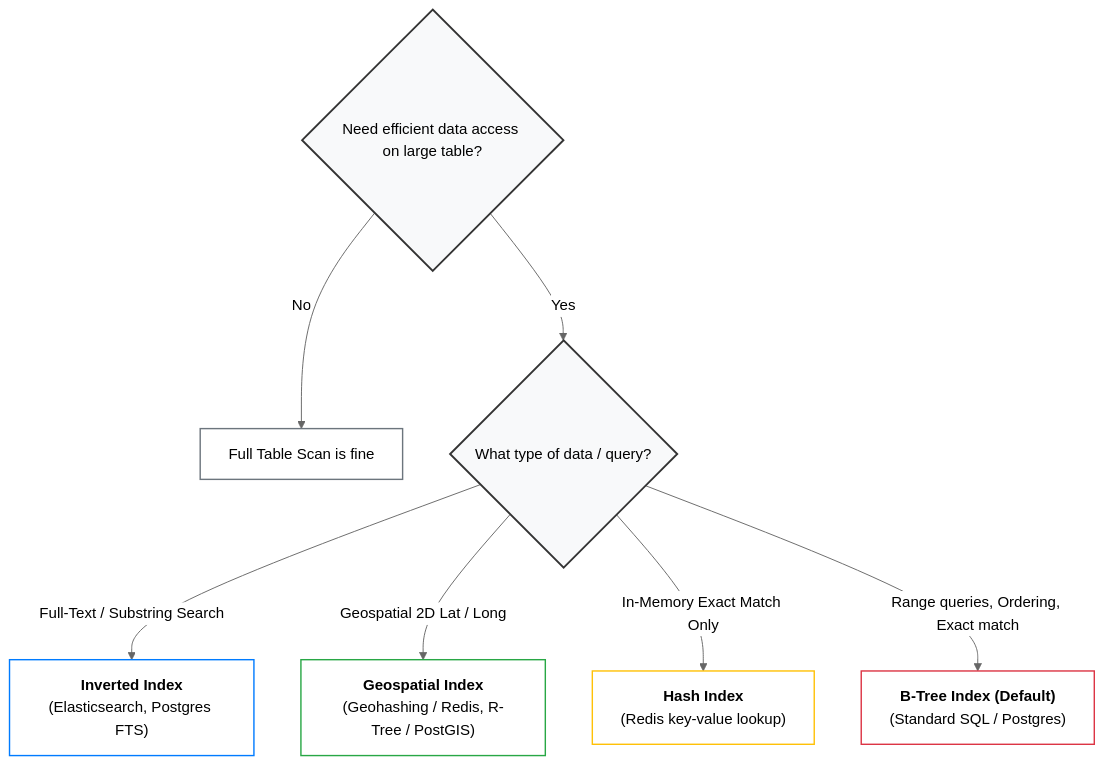
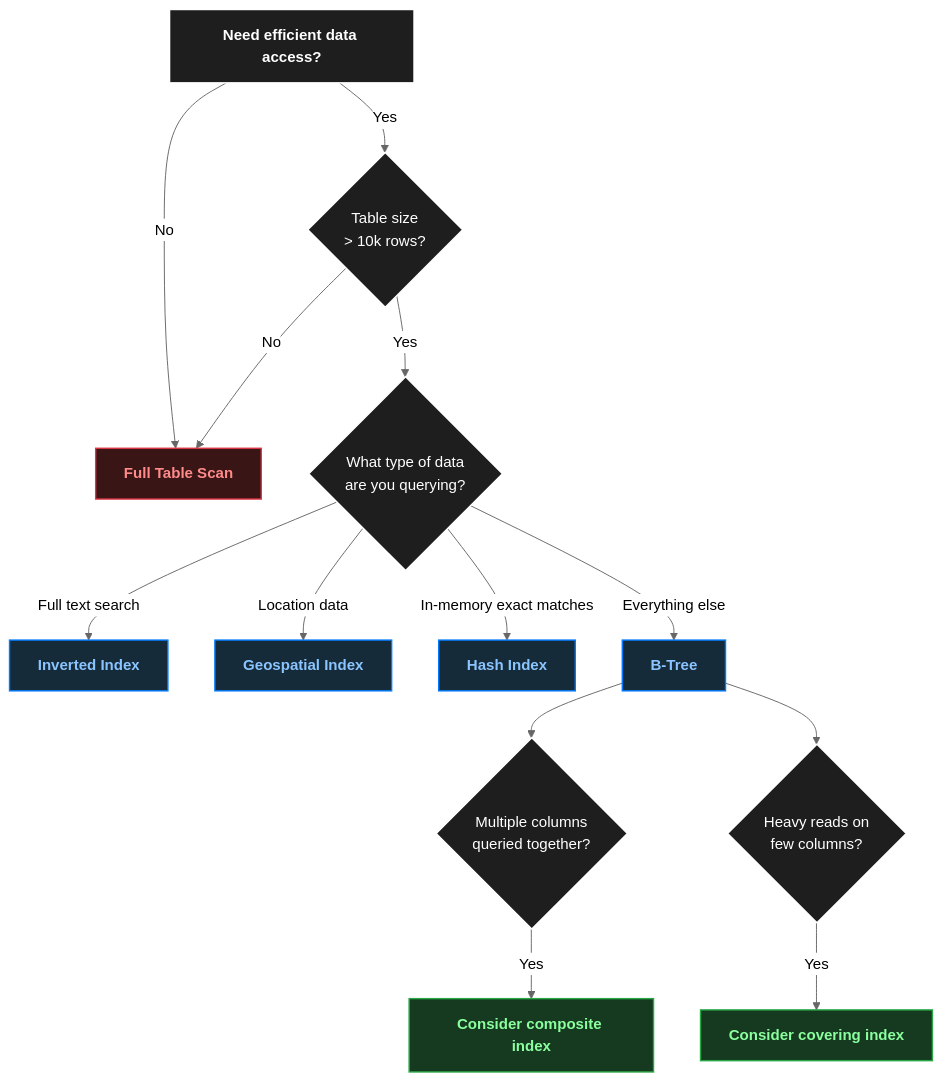
The diagram in docs/2022-2025/SE_02_system-design/SD_05_DataModeling/01_design_03_indexes-2.md (lekhrajdinkar/solution-engineer), drawn with Mermaid (neutral theme) before and after one commit. The commit also changed other lines of this file and 8 other files, not shown here.

````diff
--- a/docs/2022-2025/SE_02_system-design/SD_05_DataModeling/01_design_03_indexes-2.md
+++ b/docs/2022-2025/SE_02_system-design/SD_05_DataModeling/01_design_03_indexes-2.md
@@ -9,18 +113,33 @@
 ```mermaid
+
 graph TD
-    Start{"Need efficient data access on large table?"} -->|No| Scan["Full Table Scan is fine"]
-    Start -->|Yes| QueryType{"What type of data / query?"}
+    Start["<b>Need efficient data access?</b>"] -->|No| FTS["<b>Full Table Scan</b>"]
+    Start -->|Yes| Size{"Table size<br>> 10k rows?"}
+    
+    Size -->|No| FTS
+    Size -->|Yes| Type{"What type of data<br>are you querying?"}
+    
+    Type -->|"Full text search"| Inv["<b>Inverted Index</b>"]
+    Type -->|"Location data"| Geo["<b>Geospatial Index</b>"]
+    Type -->|"In-memory exact matches"| Hash["<b>Hash Index</b>"]
+    Type -->|"Everything else"| BTree["<b>B-Tree</b>"]
+    
+    BTree --> Q1{"Multiple columns<br>queried together?"}
+    BTree --> Q2{"Heavy reads on<br>few columns?"}
+    
+    Q1 -->|Yes| Comp["<b>Consider composite index</b>"]
+    Q2 -->|Yes| Cov["<b>Consider covering index</b>"]
 
-    QueryType -->|Full-Text / Substring Search| Inv["<b>Inverted Index</b><br>(Elasticsearch, Postgres FTS)"]
-    QueryType -->|Geospatial 2D Lat / Long| Geo["<b>Geospatial Index</b><br>(Geohashing / Redis, R-Tree / PostGIS)"]
-    QueryType -->|In-Memory Exact Match Only| Hash["<b>Hash Index</b><br>(Redis key-value lookup)"]
-    QueryType -->|Range queries, Ordering, Exact match| BTree["<b>B-Tree Index (Default)</b><br>(Standard SQL / Postgres)"]
-
-    style Start fill:#f8f9fa,stroke:#333,stroke-width:2px,color:black
-    style QueryType fill:#f8f9fa,stroke:#333,stroke-width:2px,color:black
-    style Inv fill:#ffffff,stroke:#007bff,stroke-width:1.5px,color:black
-    style Geo fill:#ffffff,stroke:#28a745,stroke-width:1.5px,color:black
-    style Hash fill:#ffffff,stroke:#ffc107,stroke-width:1.5px,color:black
-    style BTree fill:#ffffff,stroke:#dc3545,stroke-width:1.5px,color:black
-    style Scan fill:#ffffff,stroke:#6c757d,stroke-width:1.5px,color:black
+    style Start fill:#1e1e1e,stroke:#ffffff,stroke-width:1.5px,color:#ffffff
+    style Size fill:#1e1e1e,stroke:#ffffff,stroke-width:1.5px,color:#ffffff
+    style Type fill:#1e1e1e,stroke:#ffffff,stroke-width:1.5px,color:#ffffff
+    style Q1 fill:#1e1e1e,stroke:#ffffff,stroke-width:1.5px,color:#ffffff
+    style Q2 fill:#1e1e1e,stroke:#ffffff,stroke-width:1.5px,color:#ffffff
+    style FTS fill:#3a1515,stroke:#dc3545,stroke-width:1.5px,color:#ff8b8b
+    style Inv fill:#152b3a,stroke:#007bff,stroke-width:1.5px,color:#8bc5ff
+    style Geo fill:#152b3a,stroke:#007bff,stroke-width:1.5px,color:#8bc5ff
+    style Hash fill:#152b3a,stroke:#007bff,stroke-width:1.5px,color:#8bc5ff
+    style BTree fill:#152b3a,stroke:#007bff,stroke-width:1.5px,color:#8bc5ff
+    style Comp fill:#153a20,stroke:#28a745,stroke-width:1.5px,color:#8bff9e
+    style Cov fill:#153a20,stroke:#28a745,stroke-width:1.5px,color:#8bff9e
 ```
````
